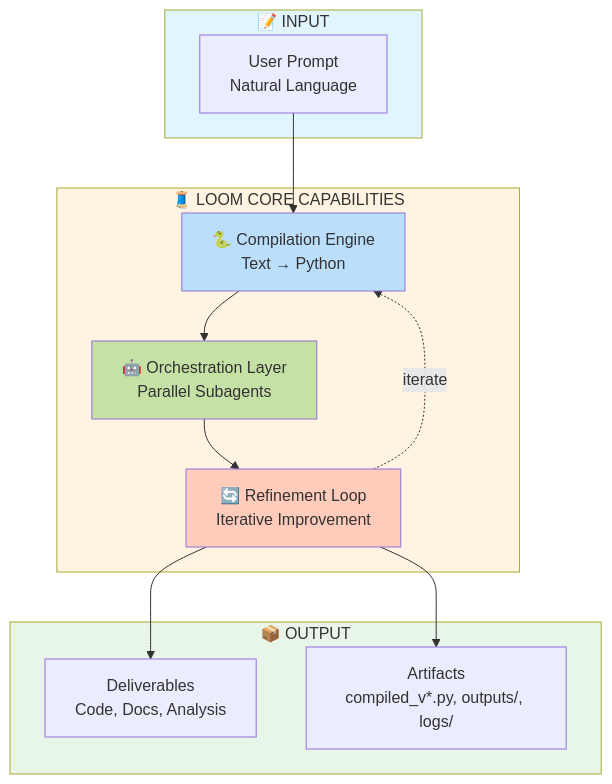
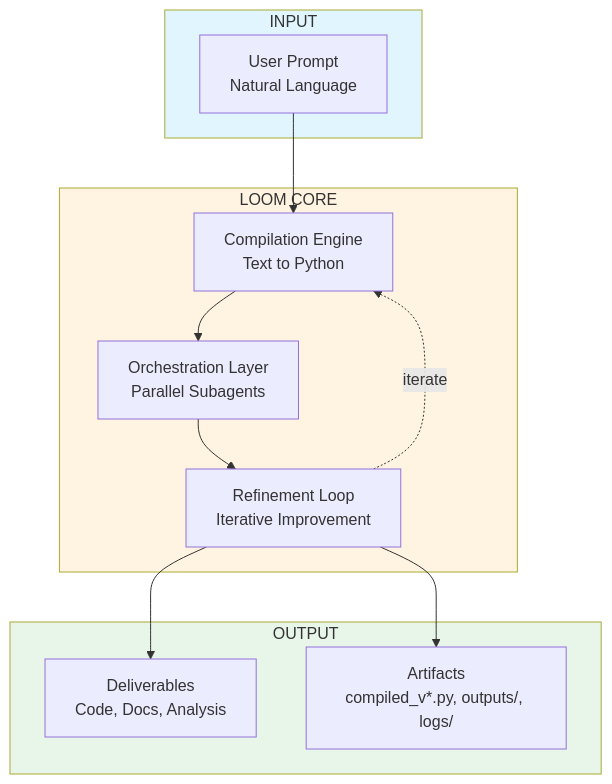
One commit to steelheadforever/Loom changed the first of 9 diagrams in DIAGRAMS.md. Above: the diagram before and after it, drawn with Mermaid. The commit also changed other lines of this file and 9 other files, not shown here.

````diff
--- a/DIAGRAMS.md
+++ b/DIAGRAMS.md
@@ -9,31 +25,28 @@
 ```mermaid
 flowchart TB
-    subgraph Input["📝 INPUT"]
+    subgraph Input["INPUT"]
         A[User Prompt<br/>Natural Language]
     end
 
-    subgraph Core["🧵 LOOM CORE CAPABILITIES"]
-        B[🐍 Compilation Engine<br/>Text → Python]
-        C[🤖 Orchestration Layer<br/>Parallel Subagents]
-        D[🔄 Refinement Loop<br/>Iterative Improvement]
+    subgraph Core["LOOM CORE"]
+        B[Compilation Engine<br/>Text to Python]
+        C[Orchestration Layer<br/>Parallel Subagents]
+        D[Refinement Loop<br/>Iterative Improvement]
     end
 
-    subgraph Output["📦 OUTPUT"]
+    subgraph Output["OUTPUT"]
         E[Deliverables<br/>Code, Docs, Analysis]
         F[Artifacts<br/>compiled_v*.py, outputs/, logs/]
     end
 
     A --> B
     B --> C
     C --> D
     D --> E
     D --> F
     D -.iterate.-> B
 
     style Input fill:#e1f5ff
     style Core fill:#fff4e1
     style Output fill:#e8f5e9
-    style B fill:#bbdefb
-    style C fill:#c5e1a5
-    style D fill:#ffccbc
 ```
````
